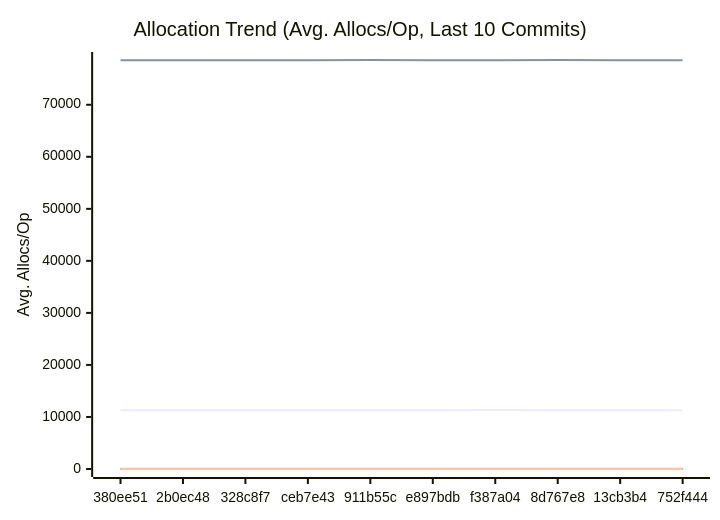
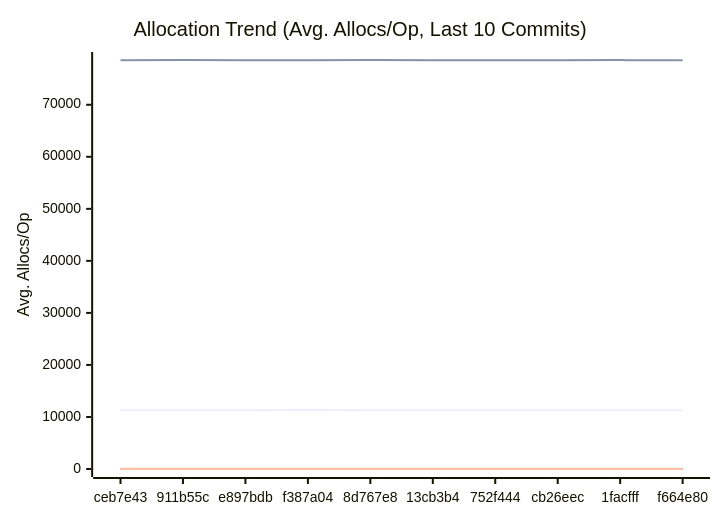
The third of 3 diagrams in docs/PERFORMANCE.md (alsotoes/momo), drawn with Mermaid before and after one commit. The commit also changed other lines of this file and 10 other files, not shown here.

````diff
--- a/docs/PERFORMANCE.md
+++ b/docs/PERFORMANCE.md
@@ -197,20 +197,20 @@
 ```mermaid
 xychart-beta
     title "Allocation Trend (Avg. Allocs/Op, Last 10 Commits)"
     x-axis "Commit"
     y-axis "Avg. Allocs/Op"
-    x-axis [380ee51,2b0ec48,328c8f7,ceb7e43,911b55c,e897bdb,f387a04,8d767e8,13cb3b4,752f444]
-    line "AWSChunkedReaderSigned" [11273,11273,11279,11281,11298,11295,11317,11297,11272,11275]
-    line "AWSChunkedReaderUnsigned" [78558,78562,78559,78557,78598,78563,78578,78602,78562,78568]
+    x-axis [ceb7e43,911b55c,e897bdb,f387a04,8d767e8,13cb3b4,752f444,cb26eec,1facfff,f664e80]
+    line "AWSChunkedReaderSigned" [11281,11298,11295,11317,11297,11272,11275,11298,11308,11270]
+    line "AWSChunkedReaderUnsigned" [78557,78598,78563,78578,78602,78562,78568,78562,78579,78560]
     line "CheckMetricsAndSwap" [0,0,0,0,0,0,0,0,0,0]
     line "CrushOptimized" [0,0,0,0,0,0,0,0,0,0]
     line "CrushOriginal" [3,3,3,3,3,3,3,3,3,3]
     line "IndexDirectTracking" [0,0,0,0,0,0,0,0,0,0]
     line "IndexSearch" [0,0,0,0,0,0,0,0,0,0]
     line "LoadGlobalConfig" [54,54,54,54,54,54,54,54,54,54]
     line "PadString" [1,1,1,1,1,1,1,1,1,1]
     line "ParseReplicationOrder_NoPrealloc" [6,6,6,6,6,5,5,5,5,5]
     line "ParseReplicationOrder_Prealloc" [2,2,2,2,2,1,1,1,1,1]
     line "SanitizeLog/Safe" [0,0,0,0,0,0,0,0,0,0]
     line "SanitizeLog/Unsafe" [1,1,1,1,1,1,1,1,1,1]
 ```
````
